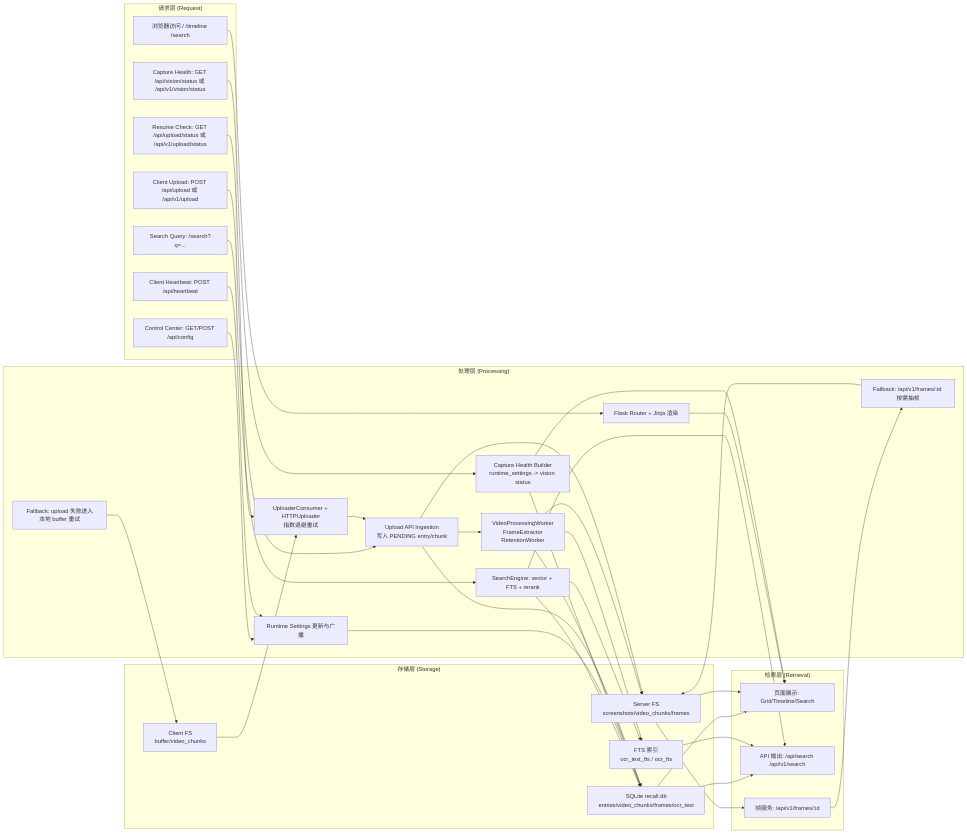
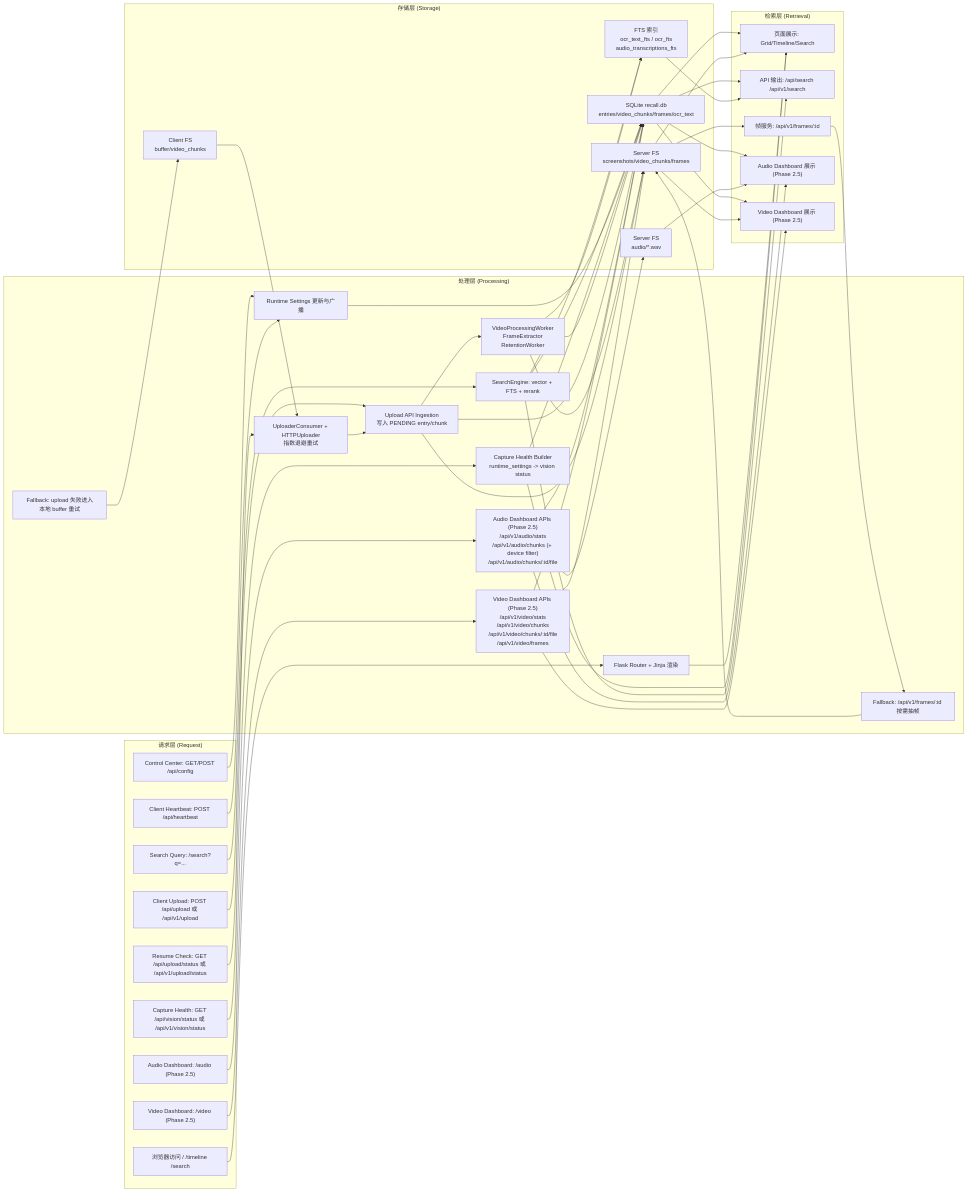
One commit to Xinm123/MyRecall changed the first of 7 diagrams in v3/webui/DATAFLOW.md. Above: the diagram before and after it, drawn with Mermaid. The commit also changed other lines of this file and 33 other files, not shown here.

````diff
--- a/v3/webui/DATAFLOW.md
+++ b/v3/webui/DATAFLOW.md
@@ -16,6 +16,8 @@
     R5["Client Upload: POST /api/upload 或 /api/v1/upload"]
     R6["Resume Check: GET /api/upload/status 或 /api/v1/upload/status"]
     R7["Capture Health: GET /api/vision/status 或 /api/v1/vision/status"]
+    R8["Audio Dashboard: /audio (Phase 2.5)"]
+    R9["Video Dashboard: /video (Phase 2.5)"]
  end
  subgraph PROC["处理层 (Processing)"]
     P1["Flask Router + Jinja 渲染"]
@@ -27,17 +29,22 @@
     P6["Capture Health Builder\nruntime_settings -> vision status"]
     PF1["Fallback: upload 失败进入本地 buffer 重试"]
     PF2["Fallback: /api/v1/frames/:id 按需抽帧"]
+    PA["Audio Dashboard APIs (Phase 2.5)\n/api/v1/audio/stats\n/api/v1/audio/chunks (+ device filter)\n/api/v1/audio/chunks/:id/file"]
+    PV["Video Dashboard APIs (Phase 2.5)\n/api/v1/video/stats\n/api/v1/video/chunks\n/api/v1/video/chunks/:id/file\n/api/v1/video/frames"]
  end
  subgraph STORE["存储层 (Storage)"]
     S1["SQLite recall.db\nentries/video_chunks/frames/ocr_text"]
-    S2["FTS 索引\nocr_text_fts / ocr_fts"]
+    S2["FTS 索引\nocr_text_fts / ocr_fts\naudio_transcriptions_fts"]
     S3["Server FS\nscreenshots/video_chunks/frames"]
     S4["Client FS\nbuffer/video_chunks"]
+    S5["Server FS\naudio/*.wav"]
  end
  subgraph RET["检索层 (Retrieval)"]
     T1["页面展示: Grid/Timeline/Search"]
     T2["API 输出: /api/search /api/v1/search"]
     T3["帧服务: /api/v1/frames/:id"]
+    T4["Audio Dashboard 展示 (Phase 2.5)"]
+    T5["Video Dashboard 展示 (Phase 2.5)"]
  end
     R1 --> P1
     R2 --> P3
@@ -69,4 +76,16 @@
     S2 --> T2
     S3 --> T1
     S3 --> T3
+    R8 --> PA
+    R9 --> PV
+    PA --> S1
+    PA --> S5
+    PV --> S1
+    PV --> S3
+    PA --> T4
+    PV --> T5
+    S1 --> T4
+    S1 --> T5
+    S5 --> T4
+    S3 --> T5
 ```
````
